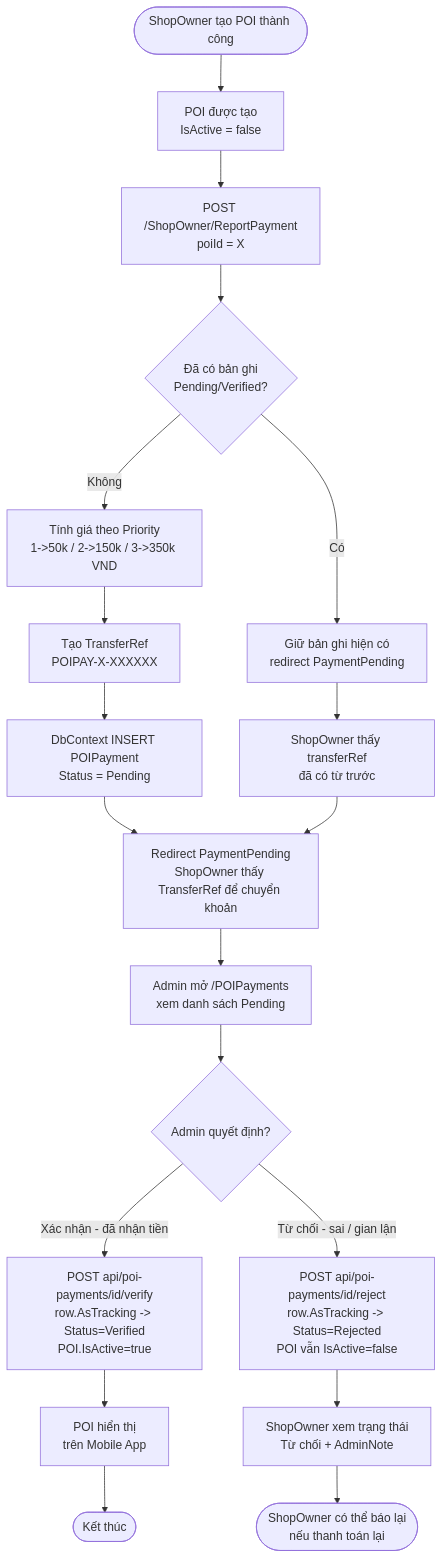
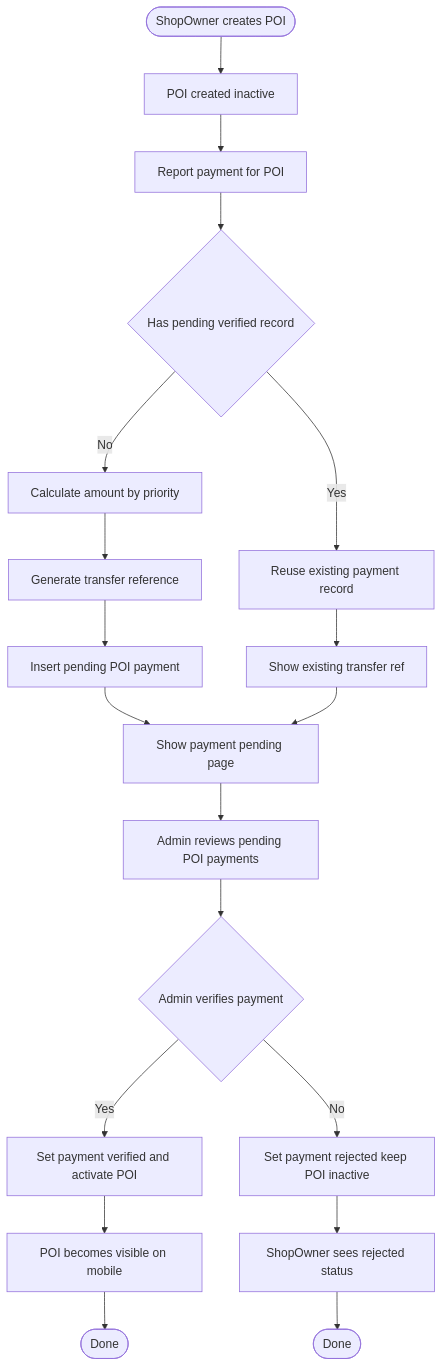
Diagram 36 of 44 in docs/PRODUCT_REQUIREMENTS.md (KhanhChung2k5/k_tour), drawn with Mermaid before and after one commit. The commit also changed other lines of this file, not shown here.

Commit message:
Fix display diagram on github

````diff
--- a/docs/PRODUCT_REQUIREMENTS.md
+++ b/docs/PRODUCT_REQUIREMENTS.md
@@ -1722,21 +1724,21 @@
 ```mermaid
 flowchart TD
-    Start([ShopOwner tạo POI thành công]) --> POIInactive[POI được tạo<br/>IsActive = false]
-    POIInactive --> CallReport[POST /ShopOwner/ReportPayment<br/>poiId = X]
-    CallReport --> HasExisting{Đã có bản ghi<br/>Pending/Verified?}
-    HasExisting -->|Có| ReturnExisting[Giữ bản ghi hiện có<br/>redirect PaymentPending]
-    ReturnExisting --> ShowRef[ShopOwner thấy transferRef<br/>đã có từ trước]
-    HasExisting -->|Không| CalcPrice[Tính giá theo Priority<br/>1->50k / 2->150k / 3->350k VND]
-    CalcPrice --> GenRef[Tạo TransferRef<br/>POIPAY-X-XXXXXX]
-    GenRef --> SavePending[DbContext INSERT POIPayment<br/>Status = Pending]
-    SavePending --> ShowQR[Redirect PaymentPending<br/>ShopOwner thấy TransferRef để chuyển khoản]
+    Start([ShopOwner creates POI]) --> POIInactive[POI created inactive]
+    POIInactive --> CallReport[Report payment for POI]
+    CallReport --> HasExisting{Has pending verified record}
+    HasExisting -->|Yes| ReturnExisting[Reuse existing payment record]
+    ReturnExisting --> ShowRef[Show existing transfer ref]
+    HasExisting -->|No| CalcPrice[Calculate amount by priority]
+    CalcPrice --> GenRef[Generate transfer reference]
+    GenRef --> SavePending[Insert pending POI payment]
+    SavePending --> ShowQR[Show payment pending page]
     ShowRef --> ShowQR
-    ShowQR --> AdminCheck[Admin mở /POIPayments<br/>xem danh sách Pending]
-    AdminCheck --> Decision{Admin quyết định?}
-    Decision -->|Xác nhận - đã nhận tiền| Verify[POST api/poi-payments/id/verify<br/>row.AsTracking -> Status=Verified<br/>POI.IsActive=true]
-    Decision -->|Từ chối - sai / gian lận| Reject[POST api/poi-payments/id/reject<br/>row.AsTracking -> Status=Rejected<br/>POI vẫn IsActive=false]
-    Verify --> POIActive[POI hiển thị<br/>trên Mobile App]
-    Reject --> NotifyReject[ShopOwner xem trạng thái<br/>Từ chối + AdminNote]
-    POIActive --> End([Kết thúc])
-    NotifyReject --> End2([ShopOwner có thể báo lại<br/>nếu thanh toán lại])
+    ShowQR --> AdminCheck[Admin reviews pending POI payments]
+    AdminCheck --> Decision{Admin verifies payment}
+    Decision -->|Yes| Verify[Set payment verified and activate POI]
+    Decision -->|No| Reject[Set payment rejected keep POI inactive]
+    Verify --> POIActive[POI becomes visible on mobile]
+    Reject --> NotifyReject[ShopOwner sees rejected status]
+    POIActive --> End([Done])
+    NotifyReject --> End2([Done])
 ```
````
